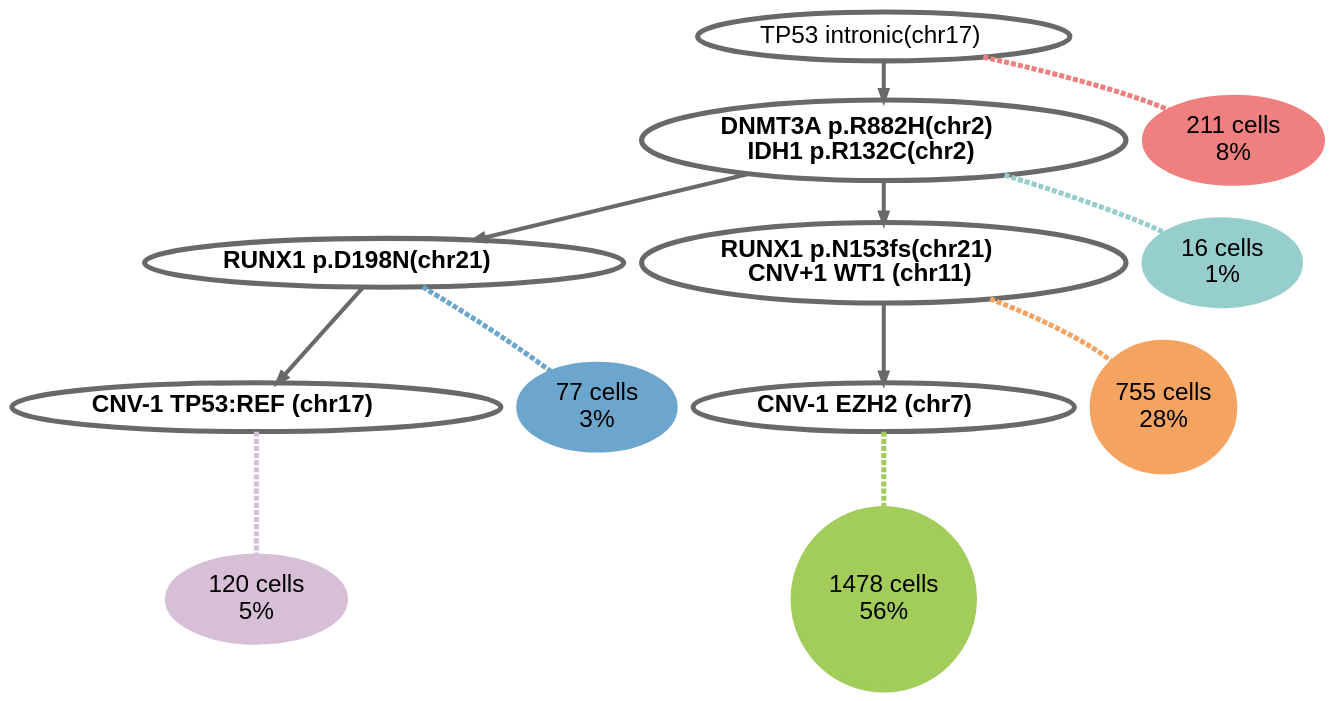
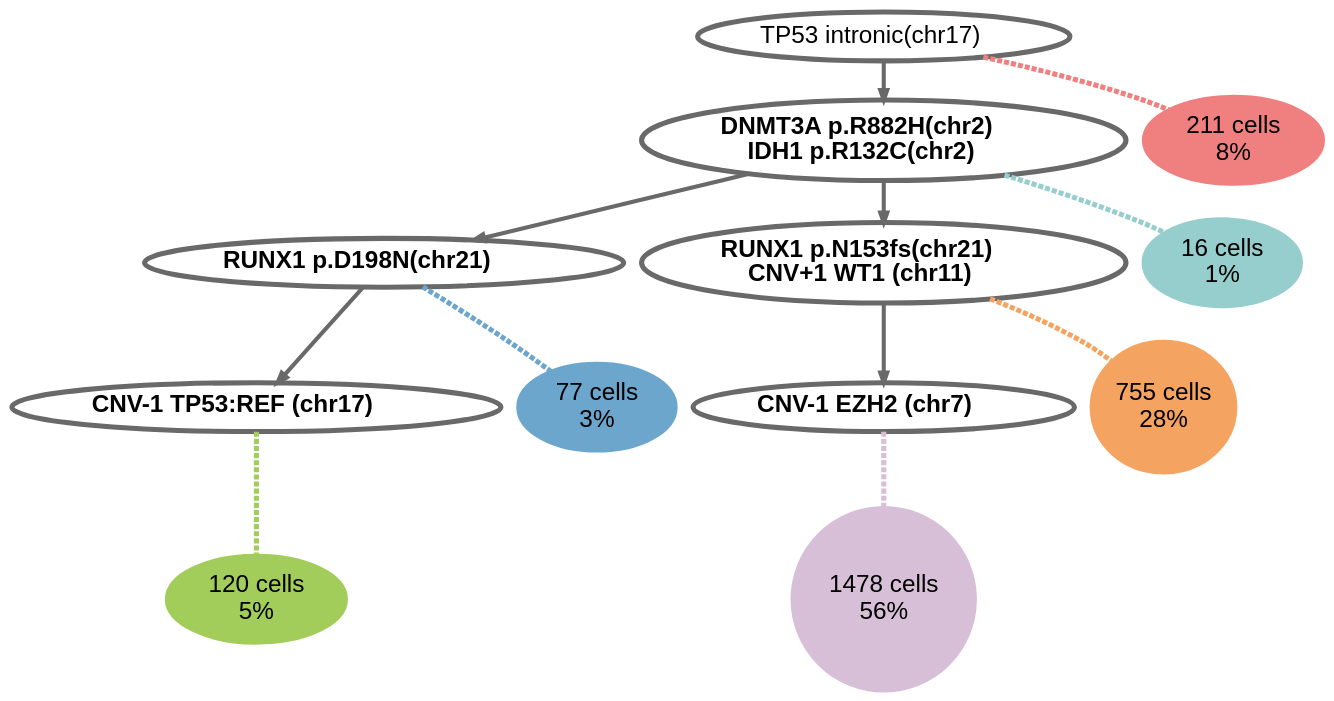
The diagram in data/output/AML-59-001_tree.gv (cbg-ethz/COMPASS), drawn with Graphviz before and after one commit. The commit also changed 6 other files, not shown here.

```diff
--- a/data/output/AML-59-001_tree.gv
+++ b/data/output/AML-59-001_tree.gv
@@ -1,26 +1,26 @@
 digraph G{
 node [color=dimgray fontsize=24 fontcolor=black fontname=Helvetica penwidth=5];
 3 -> 1 [color=dimgray penwidth=4 weight=2];
 3 -> 2 [color=dimgray penwidth=4 weight=2];
 0 -> 3 [color=dimgray penwidth=4 weight=2];
-1 -> 4 [color=dimgray penwidth=4 weight=2];
-2 -> 5 [color=dimgray penwidth=4 weight=2];
+2 -> 4 [color=dimgray penwidth=4 weight=2];
+1 -> 5 [color=dimgray penwidth=4 weight=2];
 0[label=<TP53 intronic(chr17)<br/>>];
 1[label=<<B>RUNX1 p.D198N(chr21)</B><br/>>];
 2[label=<<B>RUNX1 p.N153fs(chr21)</B><br/><B>CNV+1 WT1 (chr11)</B><br/>>];
 3[label=<<B>DNMT3A p.R882H(chr2)</B><br/><B>IDH1 p.R132C(chr2)</B><br/>>];
-4[label=<<B>CNV-1 TP53:REF (chr17)</B><br/>>];
-5[label=<<B>CNV-1 EZH2 (chr7)</B><br/>>];
+4[label=<<B>CNV-1 EZH2 (chr7)</B><br/>>];
+5[label=<<B>CNV-1 TP53:REF (chr17)</B><br/>>];
 0 -> 6 [dir=none style=dashed weight=1 penwidth=5 color=lightcoral];
 1 -> 7 [dir=none style=dashed weight=1 penwidth=5 color=skyblue3];
 2 -> 8 [dir=none style=dashed weight=1 penwidth=5 color=sandybrown];
 3 -> 9 [dir=none style=dashed weight=1 penwidth=5 color=paleturquoise3];
 4 -> 10 [dir=none style=dashed weight=1 penwidth=5 color=thistle];
 5 -> 11 [dir=none style=dashed weight=1 penwidth=5 color=darkolivegreen3];
 6[label="211 cells\n8\%" style = filled width=0.939343 height=0.939343 color=lightcoral];
 7[label="77 cells\n3\%" style = filled width=0.567451 height=0.567451 color=skyblue3];
 8[label="755 cells\n28\%" style = filled width=1.77687 height=1.77687 color=sandybrown];
 9[label="16 cells\n1\%" style = filled width=0.258668 height=0.258668 color=paleturquoise3];
-10[label="120 cells\n5\%" style = filled width=0.708392 height=0.708392 color=thistle];
-11[label="1478 cells\n56\%" style = filled width=2.48611 height=2.48611 color=darkolivegreen3];
+10[label="1478 cells\n56\%" style = filled width=2.48611 height=2.48611 color=thistle];
+11[label="120 cells\n5\%" style = filled width=0.708392 height=0.708392 color=darkolivegreen3];
 }
```
